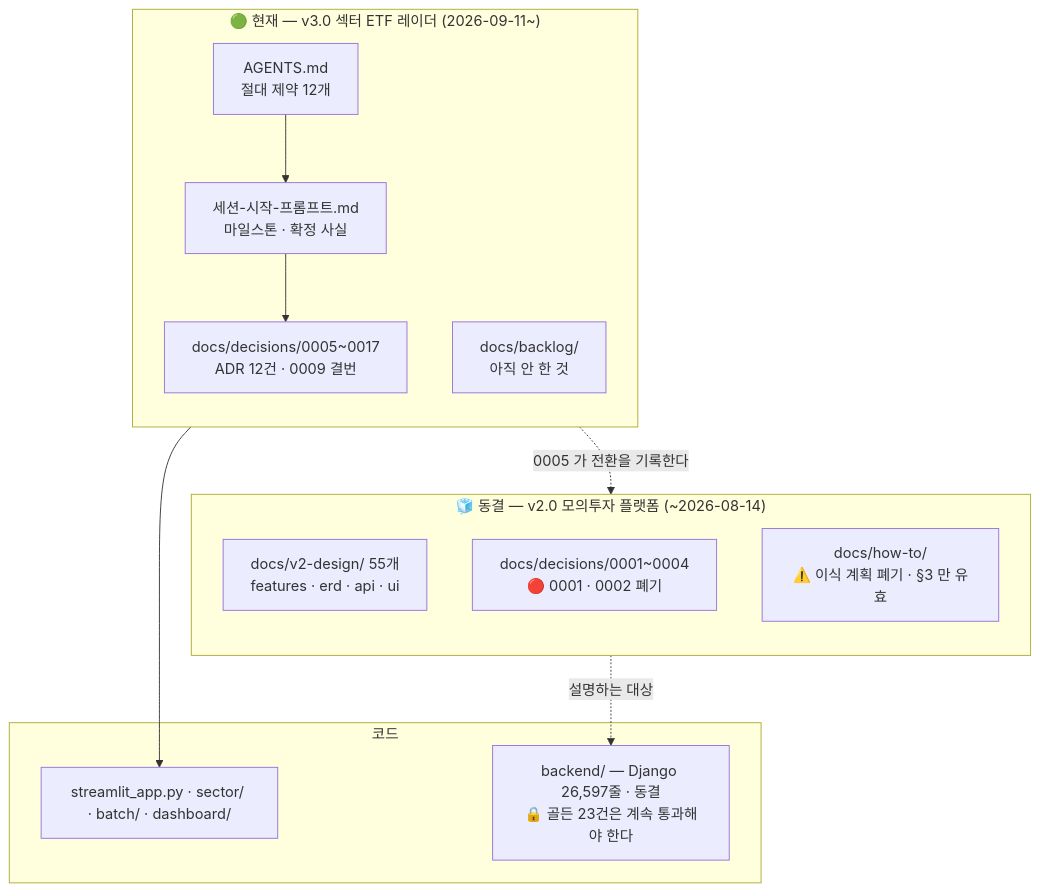
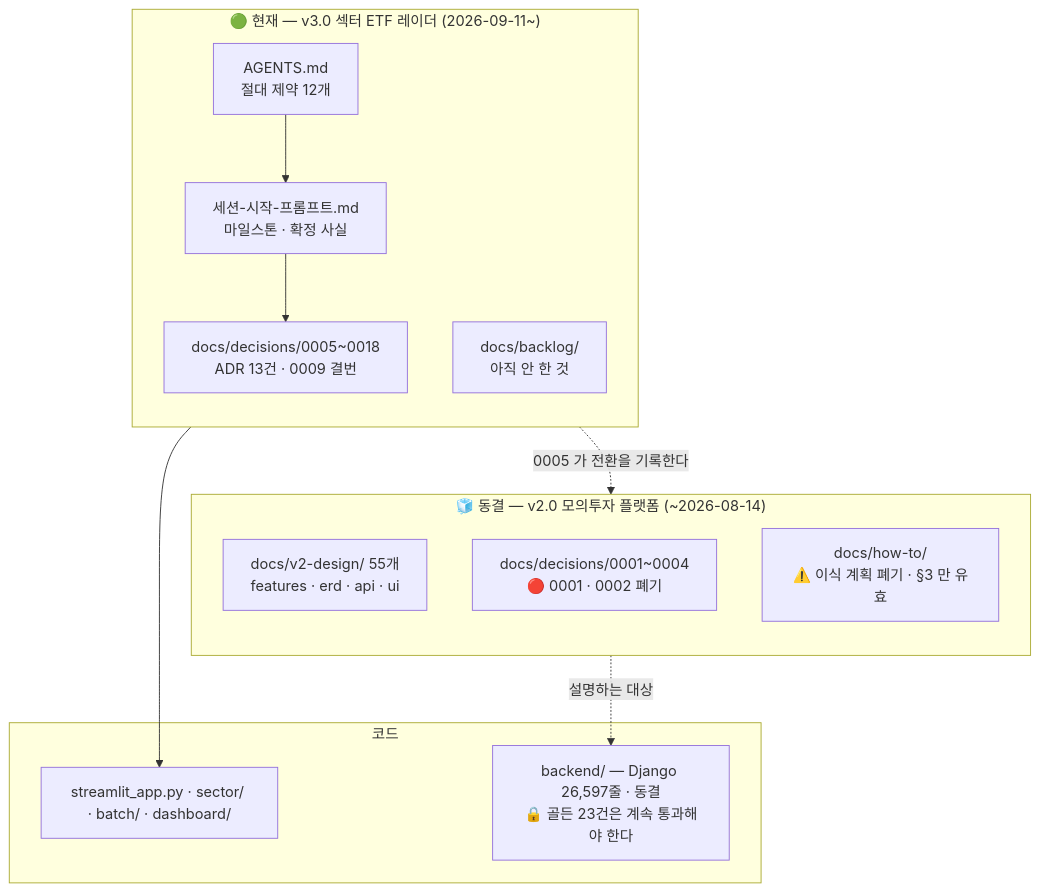
The diagram in docs/README.md (EST-Bootcamp-Dongwon/stock-coin-trade), drawn with Mermaid before and after one commit. The commit also changed other lines of this file and 9 other files, not shown here.

````diff
--- a/docs/README.md
+++ b/docs/README.md
@@ -25,24 +25,24 @@
 ```mermaid
 flowchart TB
   subgraph NOW["🟢 현재 — v3.0 섹터 ETF 레이더 (2026-09-11~)"]
     direction TB
     A["AGENTS.md<br/>절대 제약 12개"]
     S["세션-시작-프롬프트.md<br/>마일스톤 · 확정 사실"]
-    D["docs/decisions/0005~0017<br/>ADR 12건 · 0009 결번"]
+    D["docs/decisions/0005~0018<br/>ADR 13건 · 0009 결번"]
     B["docs/backlog/<br/>아직 안 한 것"]
     A --> S --> D
   end
   subgraph FROZEN["🧊 동결 — v2.0 모의투자 플랫폼 (~2026-08-14)"]
     direction TB
     V["docs/v2-design/ 55개<br/>features · erd · api · ui"]
     O["docs/decisions/0001~0004<br/>🔴 0001 · 0002 폐기"]
     H["docs/how-to/<br/>⚠️ 이식 계획 폐기 · §3 만 유효"]
   end
   subgraph CODE["코드"]
     C3["streamlit_app.py · sector/ · batch/ · dashboard/"]
     C2["backend/ — Django 26,597줄 · 동결<br/>🔒 골든 23건은 계속 통과해야 한다"]
   end
   NOW --> C3
   FROZEN -. "설명하는 대상" .-> C2
   D -. "0005 가 전환을 기록한다" .-> FROZEN
 ```
````
